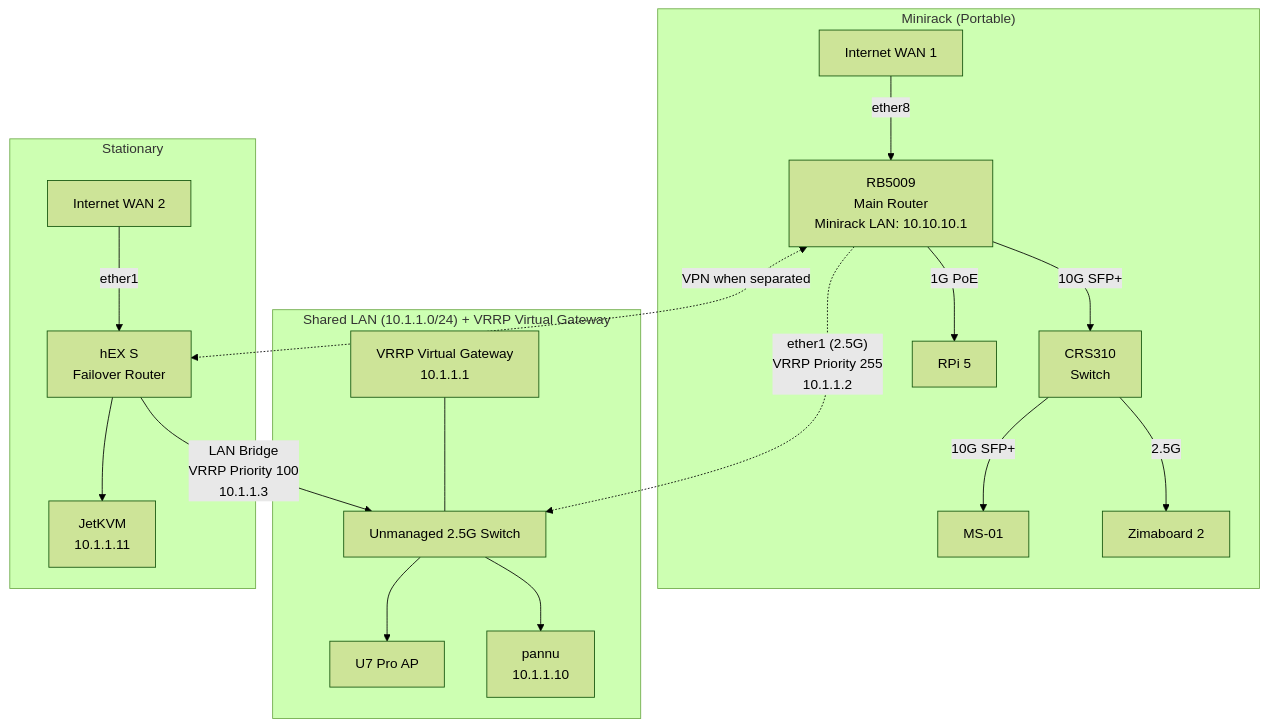
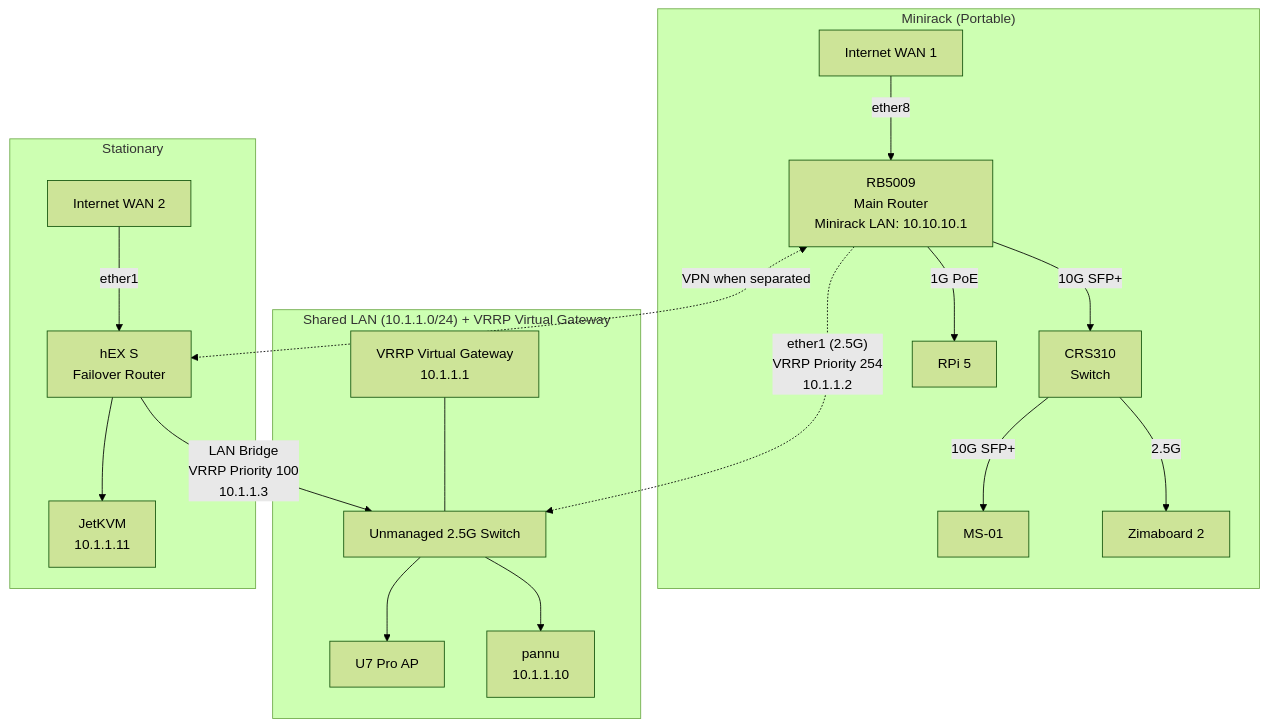
The diagram in local-networking/README.md (kahlstrm/infra), drawn with Mermaid (forest theme) before and after one commit.

Commit message:
fix README RB5009 VRRP priority

````diff
--- a/local-networking/README.md
+++ b/local-networking/README.md
@@ -16,41 +16,41 @@
 ```mermaid
 graph TB
     subgraph "Minirack (Portable)"
         WAN1[Internet WAN 1]
         RB5009[RB5009<br/>Main Router<br/>Minirack LAN: 10.10.10.1]
         CRS310[CRS310<br/>Switch]
         RPI5[RPi 5]
         MS01[MS-01]
         ZIMA[Zimaboard 2]
 
         WAN1 -- "ether8" --> RB5009
         RB5009 -- "10G SFP+" --> CRS310
         RB5009 -- "1G PoE" --> RPI5
         CRS310 -- "10G SFP+" --> MS01
         CRS310 -- "2.5G" --> ZIMA
     end
 
     subgraph "Shared LAN (10.1.1.0/24) + VRRP Virtual Gateway"
         VRRP[VRRP Virtual Gateway<br/>10.1.1.1]
         SWITCH[Unmanaged 2.5G Switch]
         U7[U7 Pro AP]
         PANNU[pannu<br/>10.1.1.10]
 
         VRRP --- SWITCH
         SWITCH --> U7
         SWITCH --> PANNU
     end
 
     subgraph "Stationary"
         WAN2[Internet WAN 2]
         HEXS[hEX S<br/>Failover Router]
         JETKVM[JetKVM<br/>10.1.1.11]
 
         WAN2 -- "ether1" --> HEXS
         HEXS --> JETKVM
     end
 
-    RB5009 -. "ether1 (2.5G)<br/>VRRP Priority 255<br/>10.1.1.2" .-> SWITCH
+    RB5009 -. "ether1 (2.5G)<br/>VRRP Priority 254<br/>10.1.1.2" .-> SWITCH
     HEXS -- "LAN Bridge<br/>VRRP Priority 100<br/>10.1.1.3" --> SWITCH
     RB5009 <-.->|VPN when separated| HEXS
 ```
````
